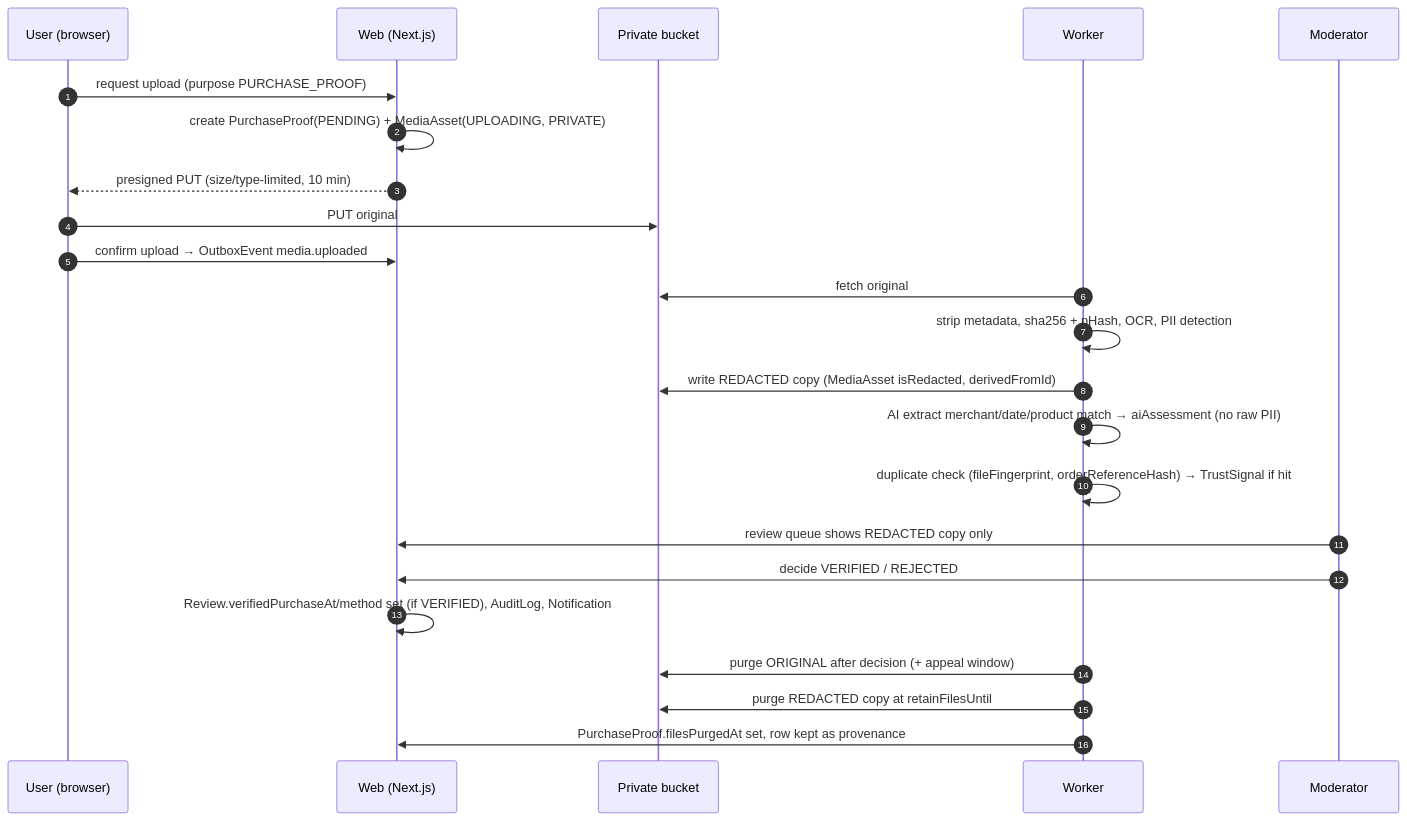
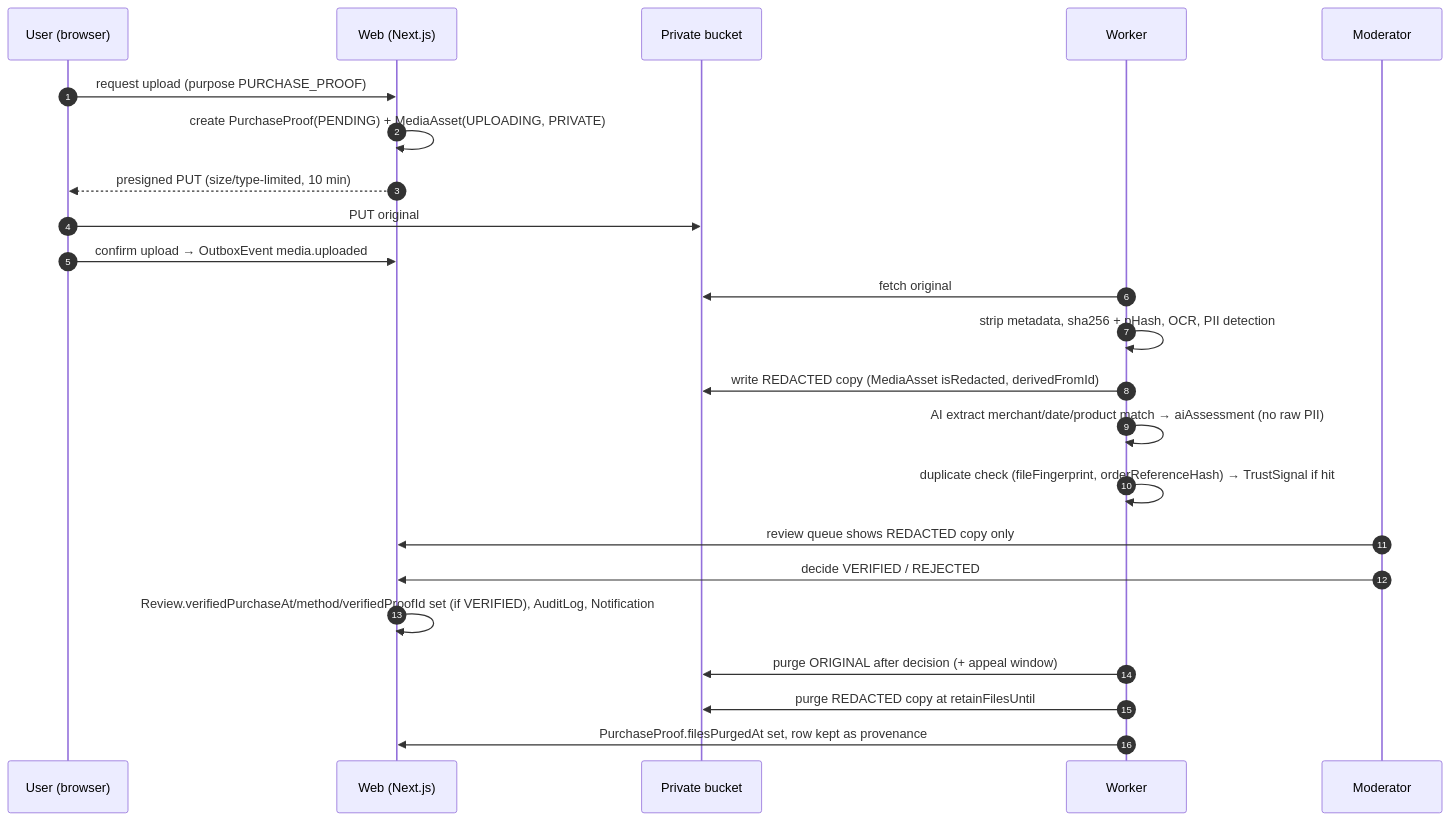
The eighth of 8 diagrams in docs/architecture/data-model.md (adeel4166/review-platform), drawn with Mermaid before and after one commit. The commit also changed other lines of this file and 16 other files, not shown here.

````diff
--- a/docs/architecture/data-model.md
+++ b/docs/architecture/data-model.md
@@ -530,25 +537,25 @@
 ```mermaid
 sequenceDiagram
   autonumber
   participant U as User (browser)
   participant W as Web (Next.js)
   participant S as Private bucket
   participant Q as Worker
   participant M as Moderator
   U->>W: request upload (purpose PURCHASE_PROOF)
   W->>W: create PurchaseProof(PENDING) + MediaAsset(UPLOADING, PRIVATE)
   W-->>U: presigned PUT (size/type-limited, 10 min)
   U->>S: PUT original
   U->>W: confirm upload → OutboxEvent media.uploaded
   Q->>S: fetch original
   Q->>Q: strip metadata, sha256 + pHash, OCR, PII detection
   Q->>S: write REDACTED copy (MediaAsset isRedacted, derivedFromId)
   Q->>Q: AI extract merchant/date/product match → aiAssessment (no raw PII)
   Q->>Q: duplicate check (fileFingerprint, orderReferenceHash) → TrustSignal if hit
   M->>W: review queue shows REDACTED copy only
   M->>W: decide VERIFIED / REJECTED
-  W->>W: Review.verifiedPurchaseAt/method set (if VERIFIED), AuditLog, Notification
+  W->>W: Review.verifiedPurchaseAt/method/verifiedProofId set (if VERIFIED), AuditLog, Notification
   Q->>S: purge ORIGINAL after decision (+ appeal window)
   Q->>S: purge REDACTED copy at retainFilesUntil
   Q->>W: PurchaseProof.filesPurgedAt set, row kept as provenance
 ```
````
